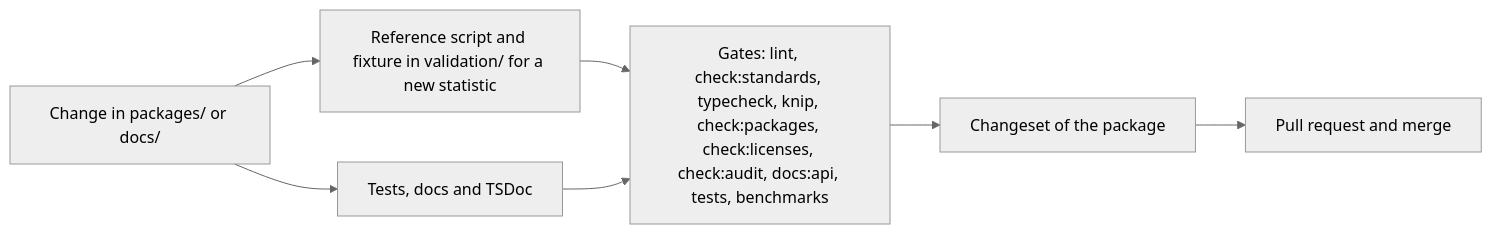
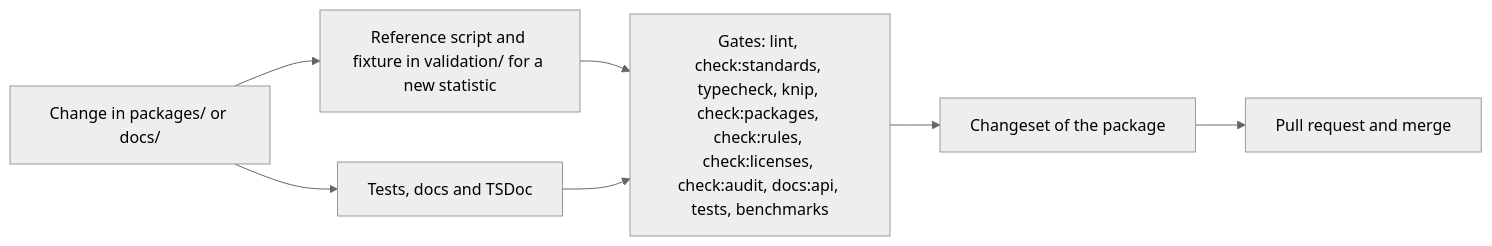
Before and after one commit to measurekit/measurekit: the diagram in CONTRIBUTING.md, drawn with Mermaid (neutral theme). The commit also changed other lines of this file and 6 other files, not shown here.

Commit message:
Add check:rules, which removes each rule on untrusted input from a copy of the code and fails when its test still passes

````diff
--- a/CONTRIBUTING.md
+++ b/CONTRIBUTING.md
@@ -6,8 +6,8 @@
 ```mermaid
 flowchart LR
   C["Change in packages/ or docs/"] --> V["Reference script and fixture in validation/ for a new statistic"]
   C --> T["Tests, docs and TSDoc"]
-  V --> G["Gates: lint, check:standards, typecheck, knip, check:packages, check:licenses, check:audit, docs:api, tests, benchmarks"]
+  V --> G["Gates: lint, check:standards, typecheck, knip, check:packages, check:rules, check:licenses, check:audit, docs:api, tests, benchmarks"]
   T --> G
   G --> X["Changeset of the package"] --> M["Pull request and merge"]
 ```
````
